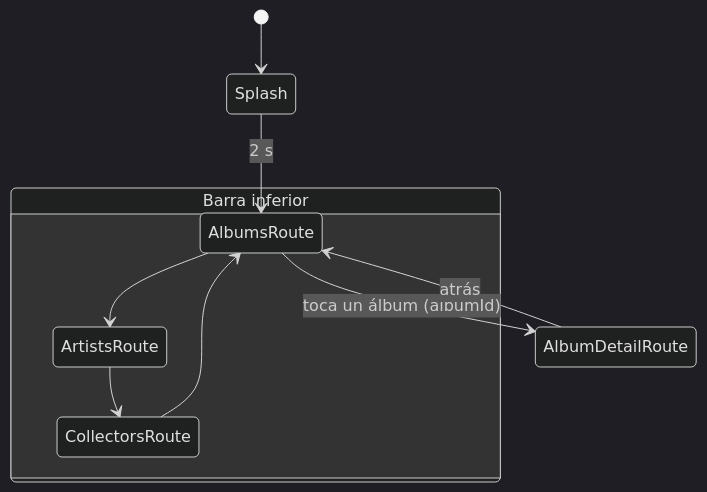
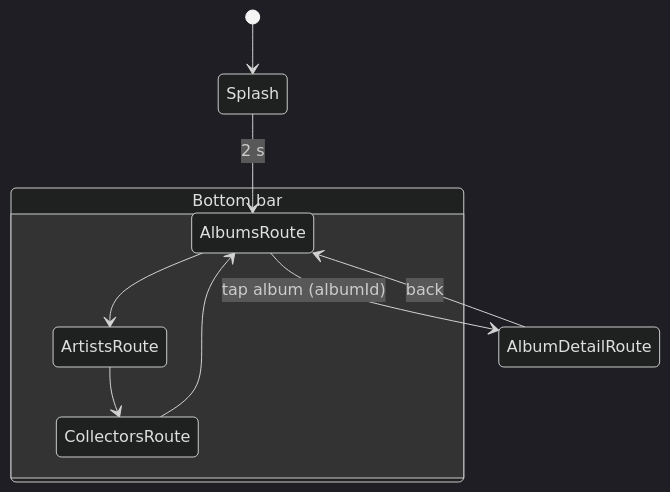
One commit to jhon0520/Andes-Vynils-App changed the eighth of 8 diagrams in docs/wiki/Sprint-1-Diseno-arquitectonico.md. Above: the diagram before and after it, drawn with Mermaid (dark theme). The commit also changed other lines of this file and 24 other files, not shown here.

````diff
--- a/docs/wiki/Sprint-1-Diseno-arquitectonico.md
+++ b/docs/wiki/Sprint-1-Diseno-arquitectonico.md
@@ -522,12 +507,12 @@
 ```mermaid
 stateDiagram-v2
     [*] --> Splash
     Splash --> AlbumsRoute : 2 s
-    state "Barra inferior" as Tabs {
+    state "Bottom bar" as Tabs {
         AlbumsRoute --> ArtistsRoute
         ArtistsRoute --> CollectorsRoute
         CollectorsRoute --> AlbumsRoute
     }
-    AlbumsRoute --> AlbumDetailRoute : toca un álbum (albumId)
-    AlbumDetailRoute --> AlbumsRoute : atrás
+    AlbumsRoute --> AlbumDetailRoute : tap album (albumId)
+    AlbumDetailRoute --> AlbumsRoute : back
 ```
````
